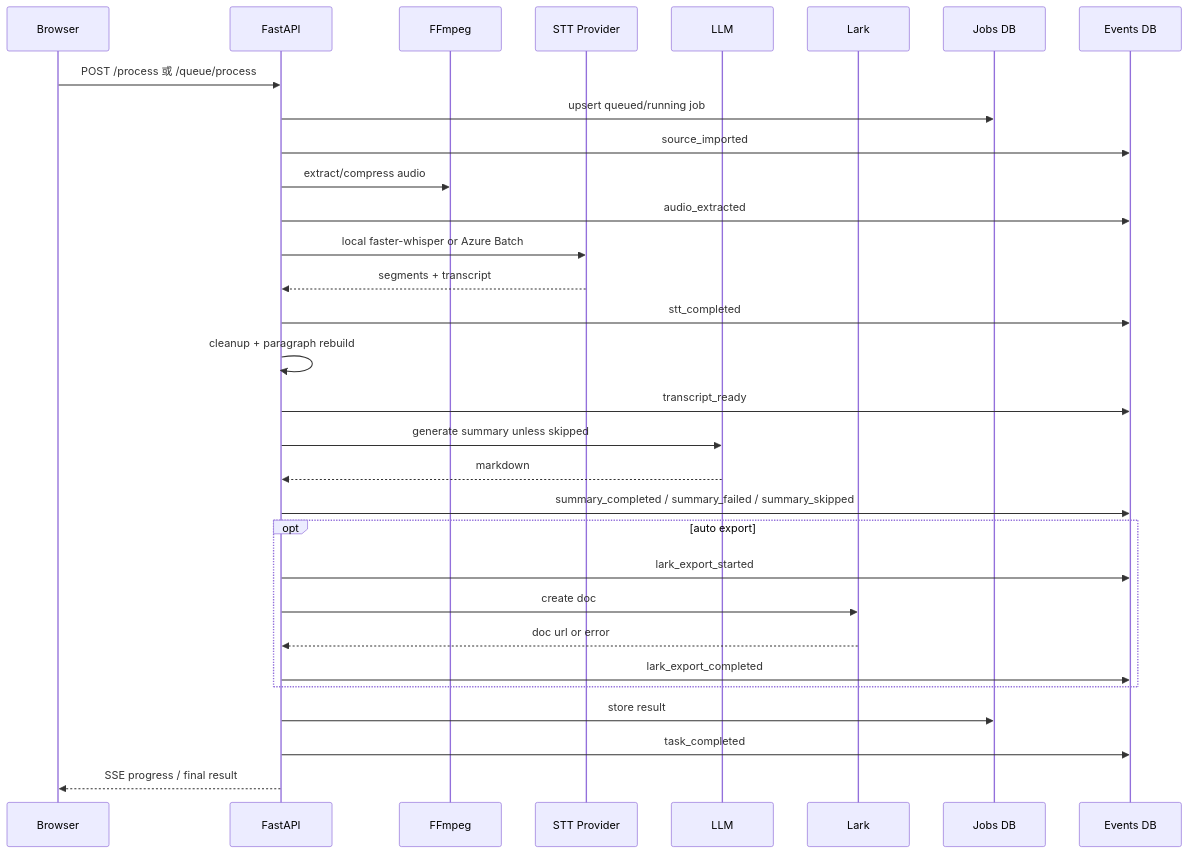
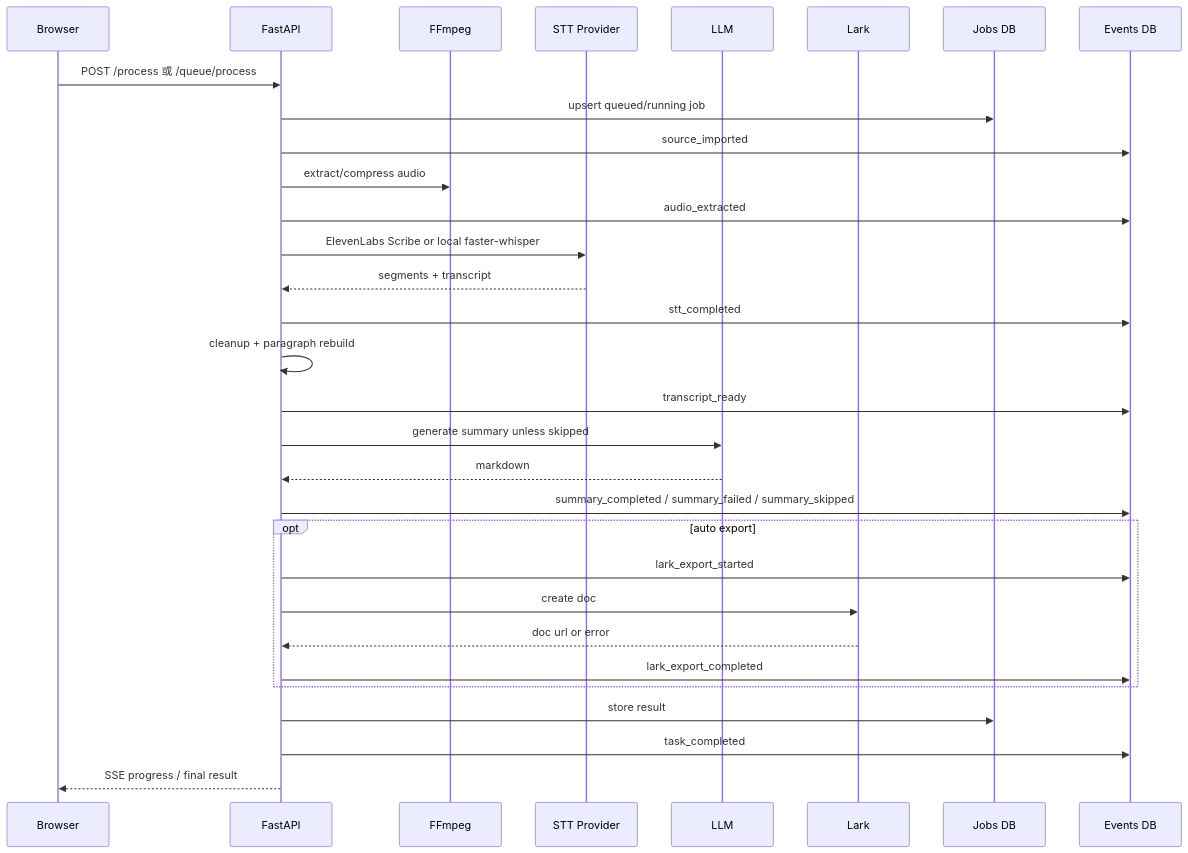
Before and after one commit to Userneima/fluentflow: the second of 3 diagrams in docs/architecture.md, drawn with Mermaid. The commit also changed other lines of this file and 27 other files, not shown here.

Commit message:
Make ElevenLabs the default cloud transcription route

````diff
--- a/docs/architecture.md
+++ b/docs/architecture.md
@@ -105,34 +105,34 @@
 ```mermaid
 sequenceDiagram
   participant U as Browser
   participant A as FastAPI
   participant F as FFmpeg
   participant S as STT Provider
   participant L as LLM
   participant D as Lark
   participant J as Jobs DB
   participant E as Events DB
 
   U->>A: POST /process 或 /queue/process
   A->>J: upsert queued/running job
   A->>E: source_imported
   A->>F: extract/compress audio
   A->>E: audio_extracted
-  A->>S: local faster-whisper or Azure Batch
+  A->>S: ElevenLabs Scribe or local faster-whisper
   S-->>A: segments + transcript
   A->>E: stt_completed
   A->>A: cleanup + paragraph rebuild
   A->>E: transcript_ready
   A->>L: generate summary unless skipped
   L-->>A: markdown
   A->>E: summary_completed / summary_failed / summary_skipped
   opt auto export
     A->>E: lark_export_started
     A->>D: create doc
     D-->>A: doc url or error
     A->>E: lark_export_completed
   end
   A->>J: store result
   A->>E: task_completed
   A-->>U: SSE progress / final result
 ```
````
